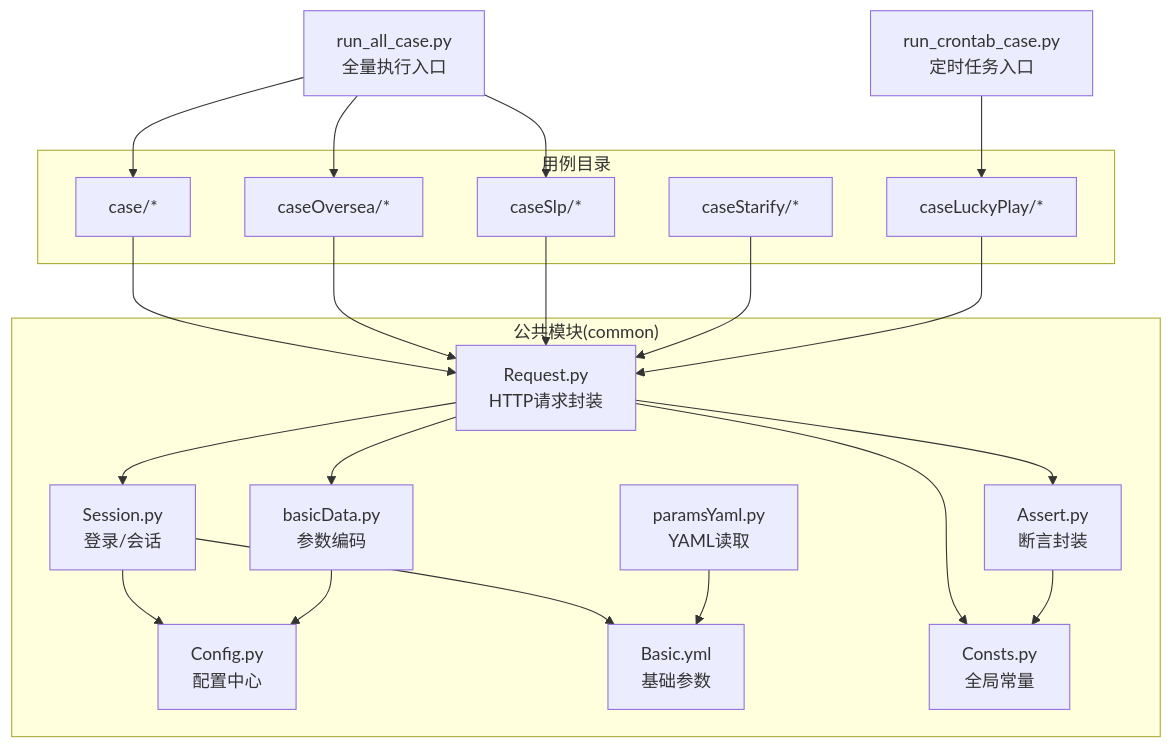
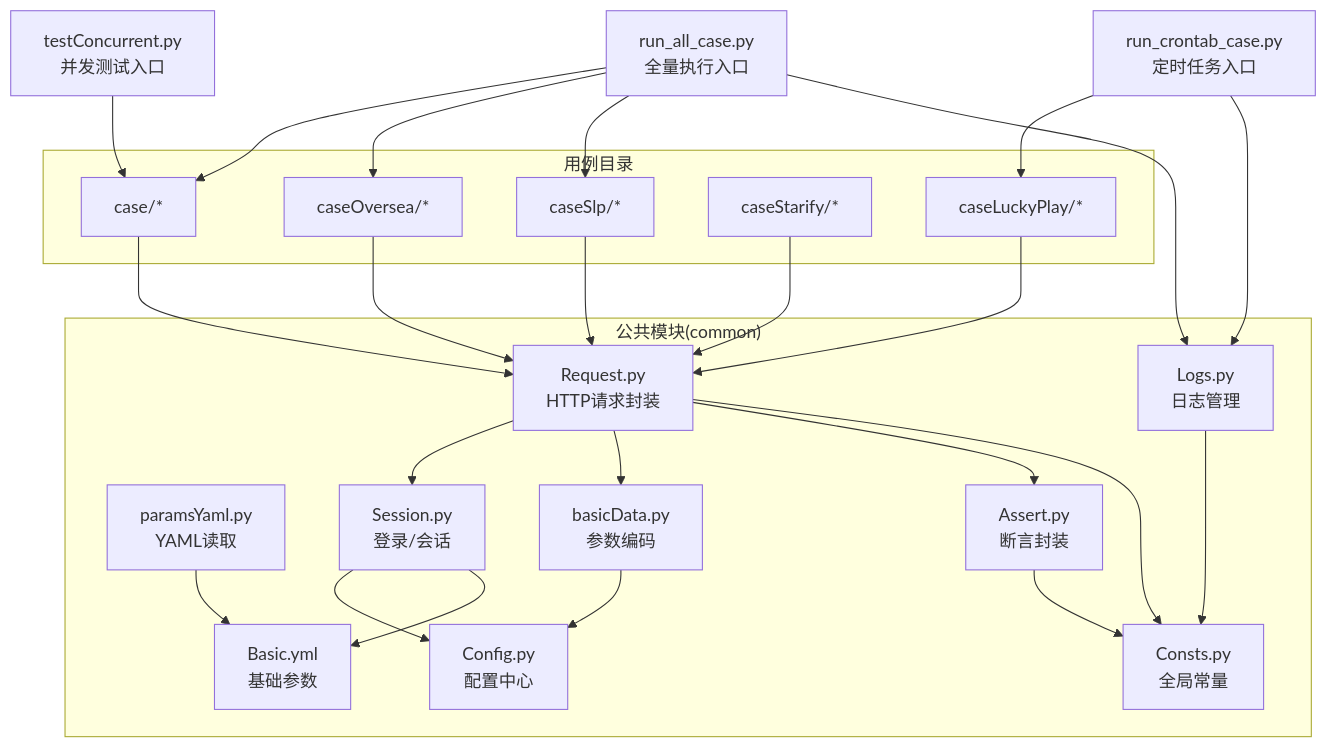
Before and after one commit to liximing1-ola/qa-payTest: the first of 4 diagrams in .qoder/repowiki/zh/content/快速开始.md, drawn with Mermaid. The commit also changed other lines of this file and 13 other files, not shown here.

````diff
--- a/.qoder/repowiki/zh/content/快速开始.md
+++ b/.qoder/repowiki/zh/content/快速开始.md
@@ -43,40 +45,46 @@
 ```mermaid
 graph TB
 subgraph "公共模块(common)"
 CFG["Config.py<br/>配置中心"]
 YAML["Basic.yml<br/>基础参数"]
 PYAML["paramsYaml.py<br/>YAML读取"]
 SESS["Session.py<br/>登录/会话"]
 REQ["Request.py<br/>HTTP请求封装"]
 DATA["basicData.py<br/>参数编码"]
 ASSERT["Assert.py<br/>断言封装"]
 CONST["Consts.py<br/>全局常量"]
+LOGS["Logs.py<br/>日志管理"]
 end
 subgraph "用例目录"
 CASE1["case/*"]
 CASE2["caseOversea/*"]
 CASE3["caseSlp/*"]
 CASE4["caseStarify/*"]
 CASE5["caseLuckyPlay/*"]
 end
 RUN1["run_all_case.py<br/>全量执行入口"]
 RUN2["run_crontab_case.py<br/>定时任务入口"]
+TESTCON["testConcurrent.py<br/>并发测试入口"]
 RUN1 --> CASE1
 RUN1 --> CASE2
 RUN1 --> CASE3
 RUN2 --> CASE5
+RUN1 --> LOGS
+RUN2 --> LOGS
+TESTCON --> CASE1
 CASE1 --> REQ
 CASE2 --> REQ
 CASE3 --> REQ
 CASE4 --> REQ
 CASE5 --> REQ
 REQ --> SESS
 REQ --> DATA
 REQ --> ASSERT
 REQ --> CONST
 SESS --> CFG
 SESS --> YAML
 PYAML --> YAML
 DATA --> CFG
 ASSERT --> CONST
+LOGS --> CONST
 ```
````
